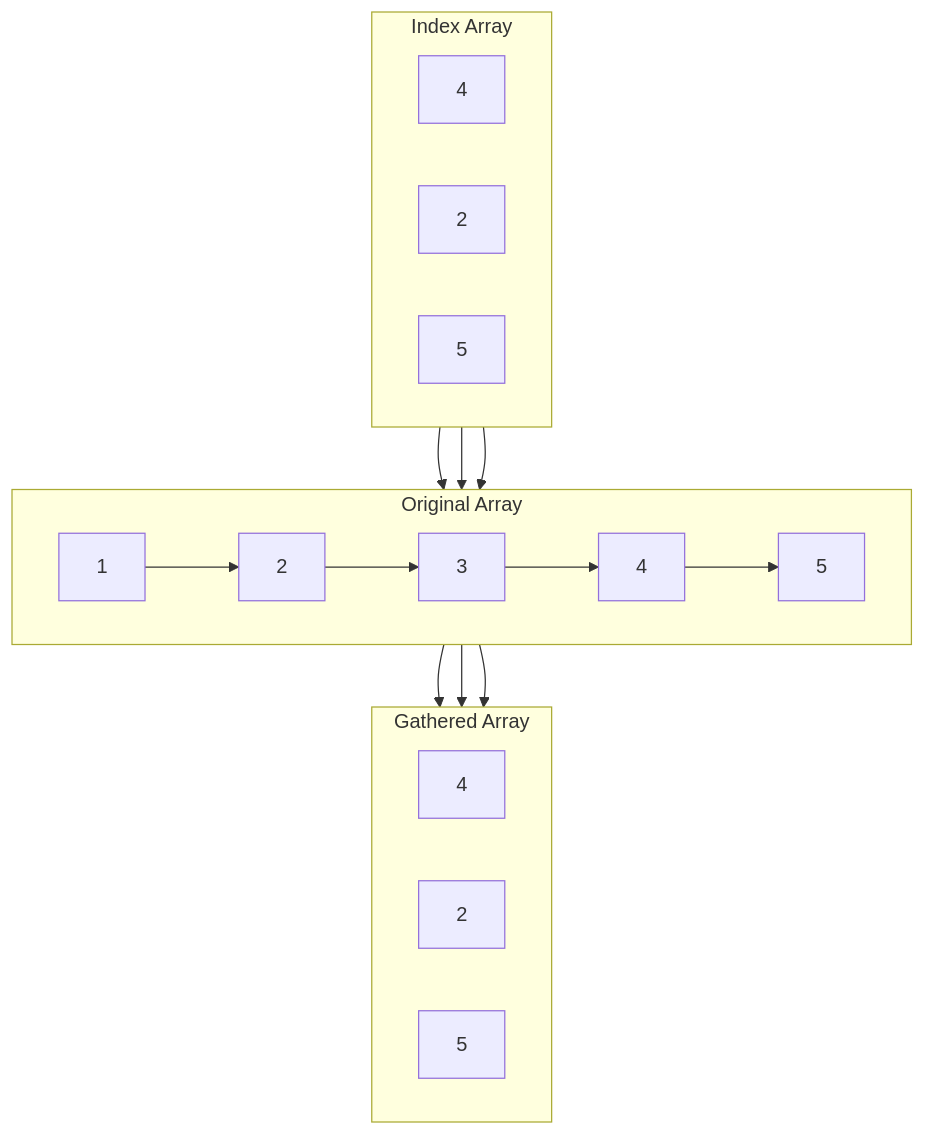
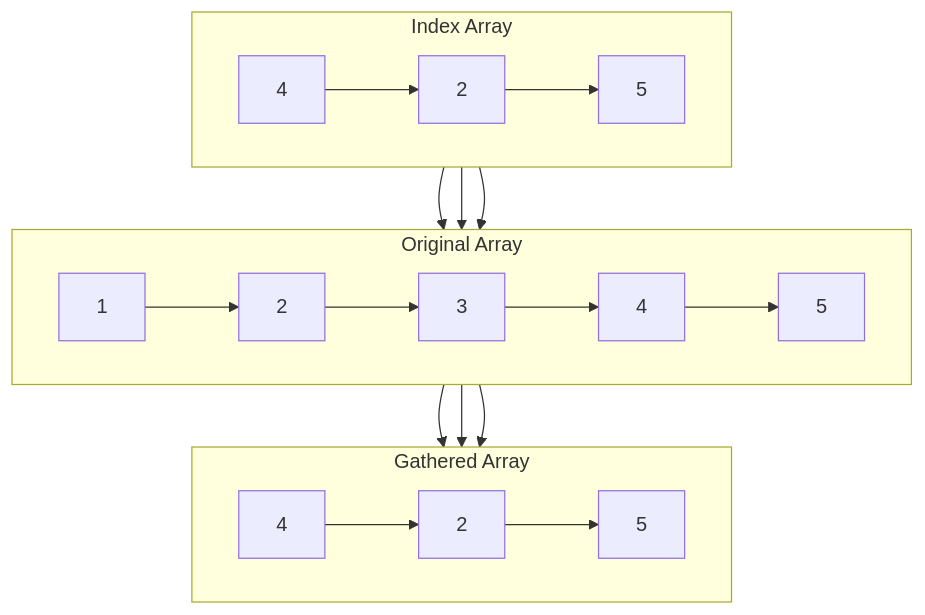
Diagram 12 of 13 in Advanced Algorithm and Parallel Programming/index.md (titilda/appunti), drawn with Mermaid before and after one commit. The commit also changed other lines of this file, not shown here.

Commit message:
feat(AAPP): expand parallel programming concepts with task graphs, pipelines, and memory architectures

````diff
--- a/Advanced Algorithm and Parallel Programming/index.md
+++ b/Advanced Algorithm and Parallel Programming/index.md
@@ -1310,29 +1374,31 @@
 ```mermaid
 flowchart TB
     subgraph Index Array
         direction LR
         I1[4]
         I2[2]
         I3[5]
     end
     subgraph Original Array
         direction LR
         A1[1]
         A2[2]
         A3[3]
         A4[4]
         A5[5]
     end
     subgraph Gathered Array
         direction LR
         R1[4]
         R2[2]
         R3[5]
     end
 
+    I1 --> I2 --> I3
     A1 --> A2 --> A3 --> A4 --> A5
+    R1 --> R2 --> R3
 
     I1 --> A4 --> R1
     I2 --> A2 --> R2
     I3 --> A5 --> R3
 ```
````
